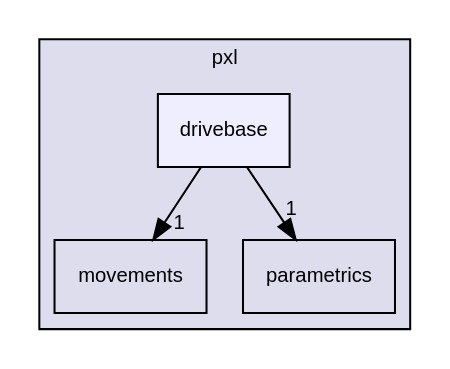
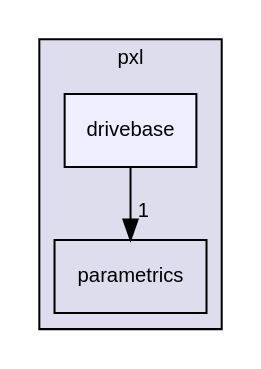
One commit to Pixel-Lib/Pixel changed the diagram in dir_b9c15b04b870febd75b2c7da7b08487e_dep.dot. Above: the diagram before and after it, drawn with Graphviz. The commit also changed 110 other files, not shown here.

```diff
--- a/dir_b9c15b04b870febd75b2c7da7b08487e_dep.dot
+++ b/dir_b9c15b04b870febd75b2c7da7b08487e_dep.dot
@@ -1,13 +1,11 @@
 digraph "include/pxl/drivebase" {
   compound=true
   node [ fontsize="10", fontname="Helvetica"];
   edge [ labelfontsize="10", labelfontname="Helvetica"];
   subgraph clusterdir_223a821f9d0f41fe283df0679d559c30 {
     graph [ bgcolor="#ddddee", pencolor="black", label="pxl" fontname="Helvetica", fontsize="10", URL="dir_223a821f9d0f41fe283df0679d559c30.html"]
-  dir_5cfc00ab41c6bfdb94de67ae19deb858 [shape=box label="movements" URL="dir_5cfc00ab41c6bfdb94de67ae19deb858.html"];
   dir_eb646048f21f30d1c203f0e7d7bb28f9 [shape=box label="parametrics" URL="dir_eb646048f21f30d1c203f0e7d7bb28f9.html"];
   dir_b9c15b04b870febd75b2c7da7b08487e [shape=box, label="drivebase", style="filled", fillcolor="#eeeeff", pencolor="black", URL="dir_b9c15b04b870febd75b2c7da7b08487e.html"];
   }
-  dir_b9c15b04b870febd75b2c7da7b08487e->dir_5cfc00ab41c6bfdb94de67ae19deb858 [headlabel="1", labeldistance=1.5 headhref="dir_000002_000003.html"];
-  dir_b9c15b04b870febd75b2c7da7b08487e->dir_eb646048f21f30d1c203f0e7d7bb28f9 [headlabel="1", labeldistance=1.5 headhref="dir_000002_000004.html"];
+  dir_b9c15b04b870febd75b2c7da7b08487e->dir_eb646048f21f30d1c203f0e7d7bb28f9 [headlabel="1", labeldistance=1.5 headhref="dir_000002_000003.html"];
 }
```
